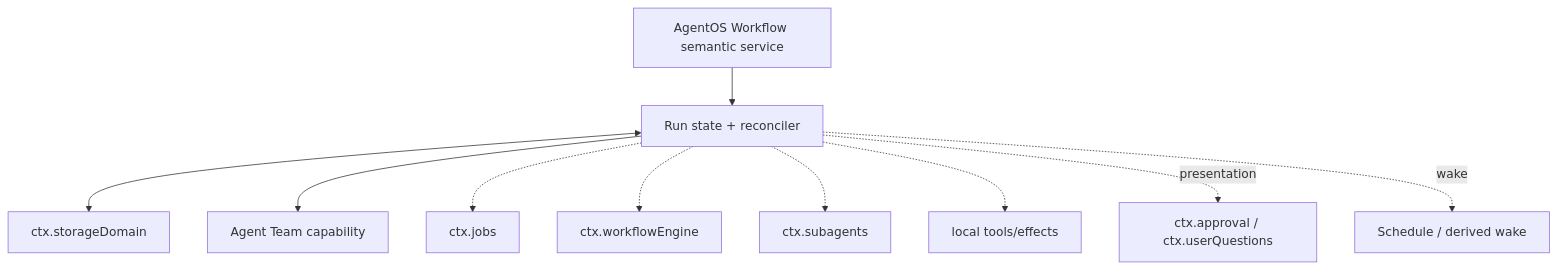
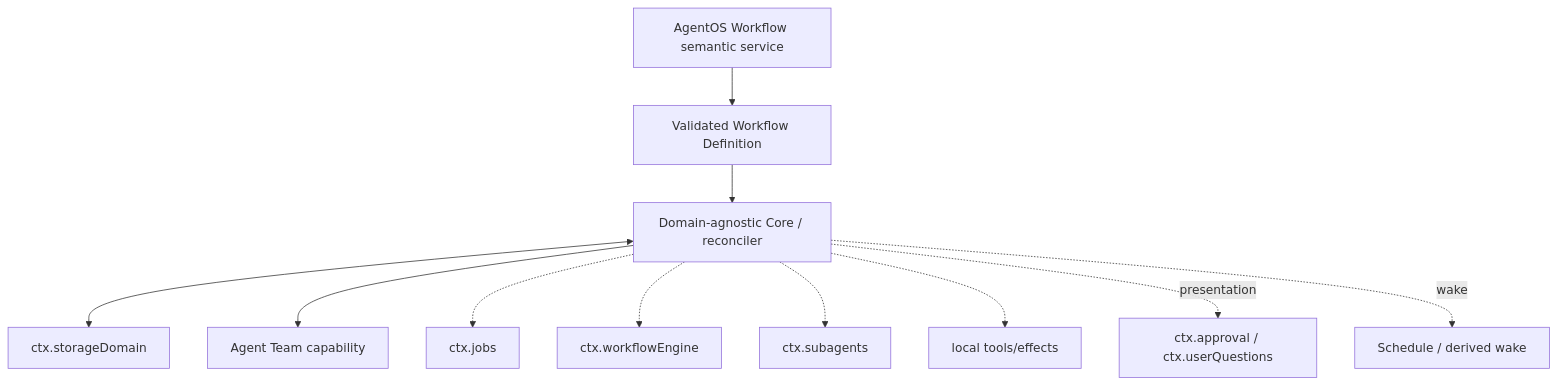
One commit to tsuuanmi/AgentOS changed the second of 2 diagrams in docs/architecture/plugins/workflow/README.md. Above: the diagram before and after it, drawn with Mermaid. The commit also changed other lines of this file, not shown here.

Commit message:
docs: make Workflow Core domain-agnostic and config-driven

```diff
--- a/docs/architecture/plugins/workflow/README.md
+++ b/docs/architecture/plugins/workflow/README.md
@@ -42,25 +74,27 @@
 ~~~mermaid
 flowchart TB
     API[AgentOS Workflow semantic service]
-    State[Run state + reconciler]
+    Def[Validated Workflow Definition]
+    State[Domain-agnostic Core / reconciler]
     Store[ctx.storageDomain]
 
     AT[Agent Team capability]
     Jobs[ctx.jobs]
     DSHWF[ctx.workflowEngine]
     Sub[ctx.subagents]
     Tools[local tools/effects]
     Human[ctx.approval / ctx.userQuestions]
     Schedule[Schedule / derived wake]
 
-    API --> State
+    API --> Def
+    Def --> State
     State <--> Store
 
     State --> AT
     State -.-> Jobs
     State -.-> DSHWF
     State -.-> Sub
     State -.-> Tools
     State -. presentation .-> Human
     State -. wake .-> Schedule
 ~~~
```
